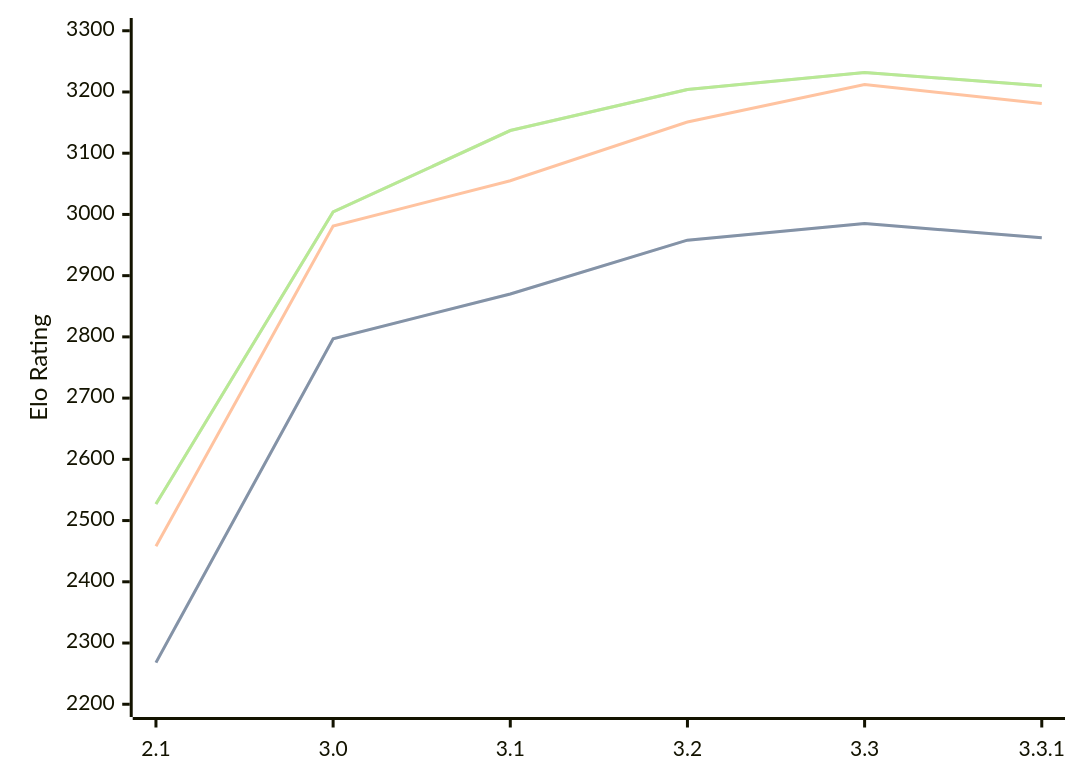
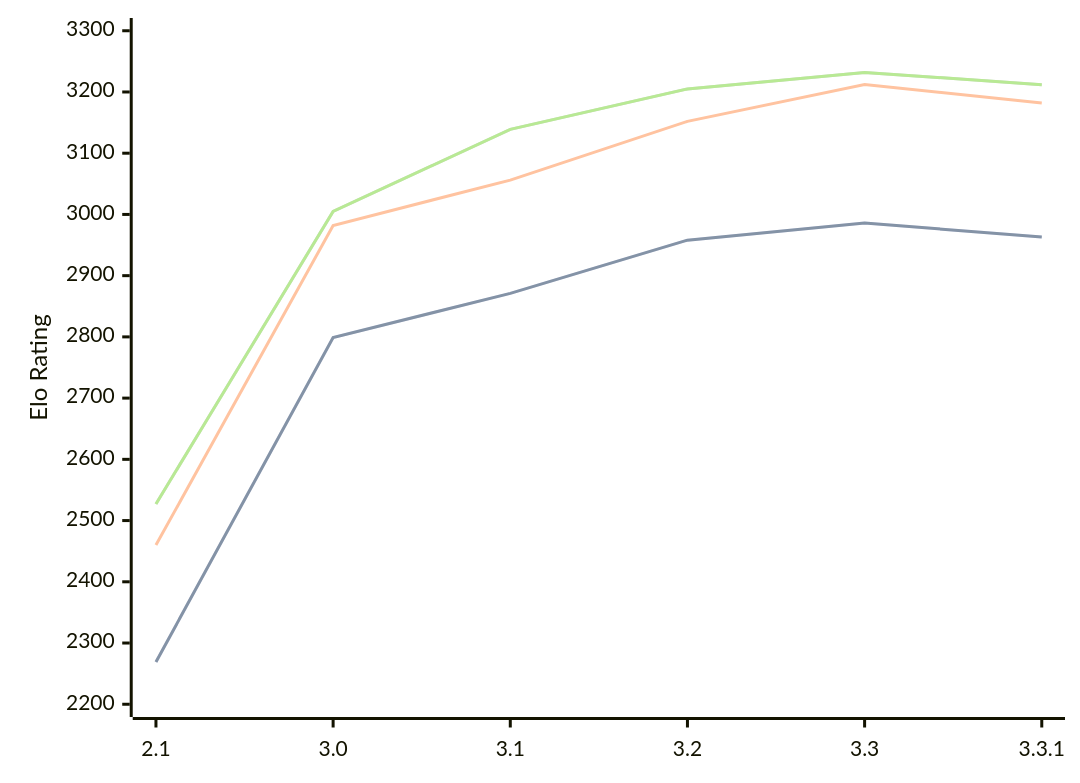
The diagram in engines/Petrel.md (computer-chess-index/cci), drawn with Mermaid before and after one commit. The commit also changed other lines of this file, not shown here.

Commit message:
Update CCI Ratings (ELO VLTC) - 2026-02-16

````diff
--- a/engines/Petrel.md
+++ b/engines/Petrel.md
@@ -40,11 +40,11 @@
 ```mermaid
 %%{init: {"theme":"base","themeVariables":{"seriesColors:['#a3a3a3','#222221','#faa371']}}}%%
 xychart-beta
   x-axis ["2.1", "3.0", "3.1", "3.2", "3.3", "3.3.1"]
   y-axis "Elo Rating" 2200 --> 3300
-  line "STC (8.0+0.08s)" [2268, 2797, 2870, 2958, 2985, 2962]
-  line "STC (8.0+0.08s)" [2268, 2797, 2870, 2958, 2985, 2962]
-  line "LTC (60.0+0.60s)" [2458, 2981, 3055, 3151, 3212, 3181]
-  line "VLTC (2m24s+1.12s)" [2527, 3004, 3137, 3204, 3232, 3210]
-  line "VLTC (2m24s+1.12s)" [2527, 3004, 3137, 3204, 3232, 3210]
+  line "STC (8.0+0.08s)" [2269, 2799, 2871, 2958, 2986, 2963]
+  line "STC (8.0+0.08s)" [2269, 2799, 2871, 2958, 2986, 2963]
+  line "LTC (60.0+0.60s)" [2460, 2982, 3056, 3152, 3212, 3182]
+  line "VLTC (2m24s+1.12s)" [2527, 3005, 3139, 3205, 3232, 3212]
+  line "VLTC (2m24s+1.12s)" [2527, 3005, 3139, 3205, 3232, 3212]
 ```
````
